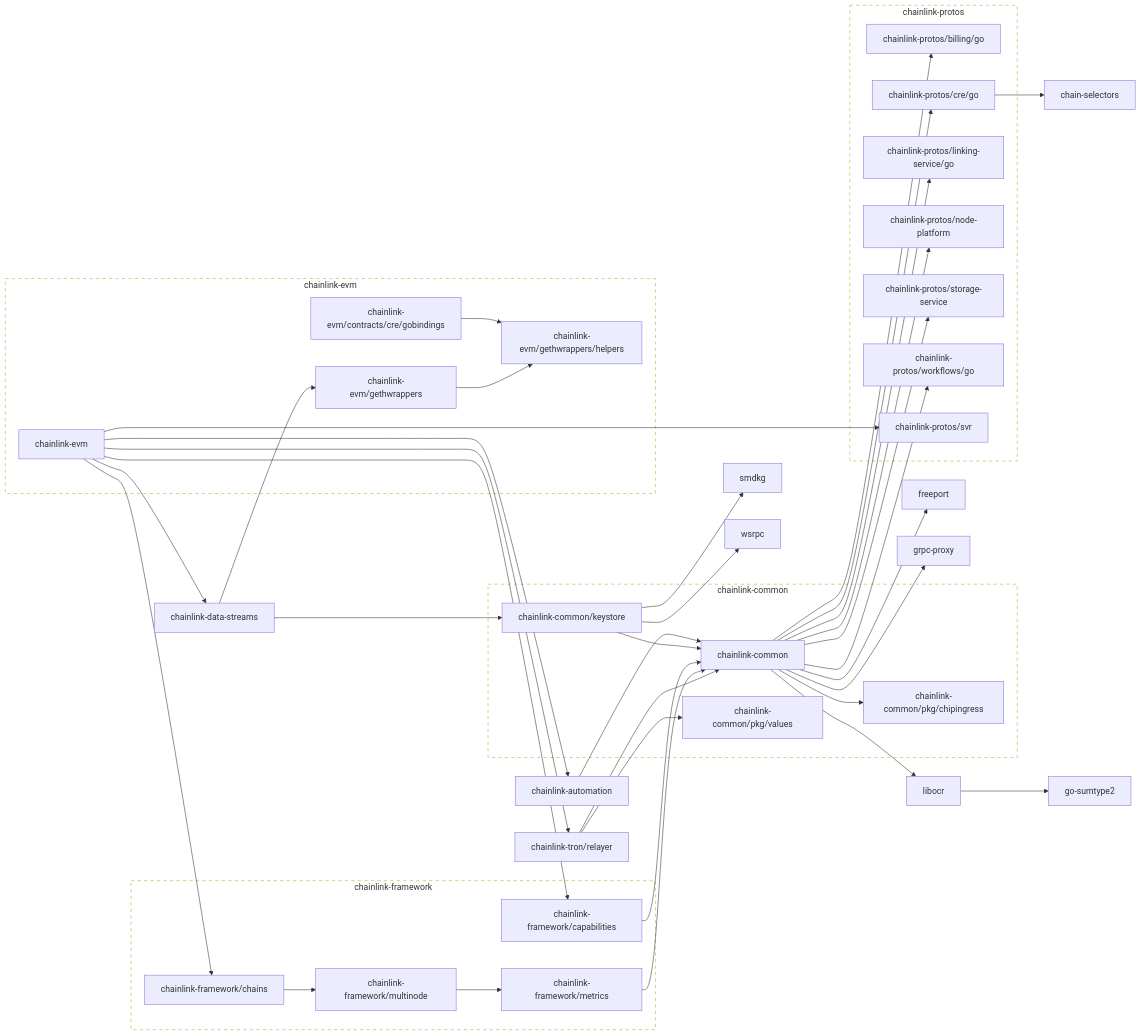
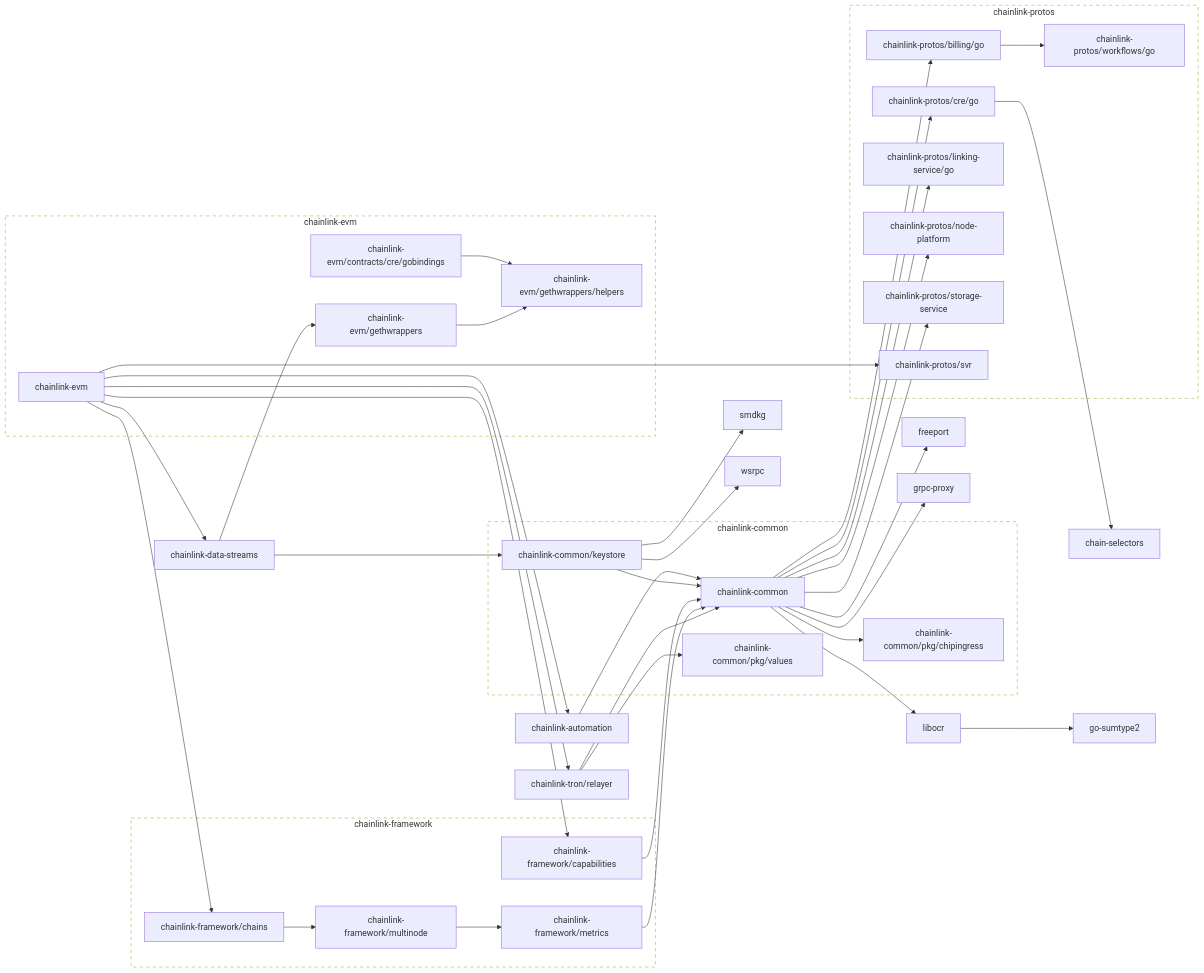
One commit to smartcontractkit/chainlink-evm changed the diagram in go.md. Above: the diagram before and after it, drawn with Mermaid. The commit also changed 27 other files, not shown here.

```diff
--- a/go.md
+++ b/go.md
@@ -12,7 +12,6 @@
 	chainlink-common --> chainlink-protos/linking-service/go
 	chainlink-common --> chainlink-protos/node-platform
 	chainlink-common --> chainlink-protos/storage-service
-	chainlink-common --> chainlink-protos/workflows/go
 	chainlink-common --> freeport
 	chainlink-common --> grpc-proxy
 	chainlink-common --> libocr
@@ -49,7 +48,7 @@
 	click chainlink-framework/metrics href "https://github.com/smartcontractkit/chainlink-framework"
 	chainlink-framework/multinode --> chainlink-framework/metrics
 	click chainlink-framework/multinode href "https://github.com/smartcontractkit/chainlink-framework"
-	chainlink-protos/billing/go
+	chainlink-protos/billing/go --> chainlink-protos/workflows/go
 	click chainlink-protos/billing/go href "https://github.com/smartcontractkit/chainlink-protos"
 	chainlink-protos/cre/go --> chain-selectors
 	click chainlink-protos/cre/go href "https://github.com/smartcontractkit/chainlink-protos"
```
